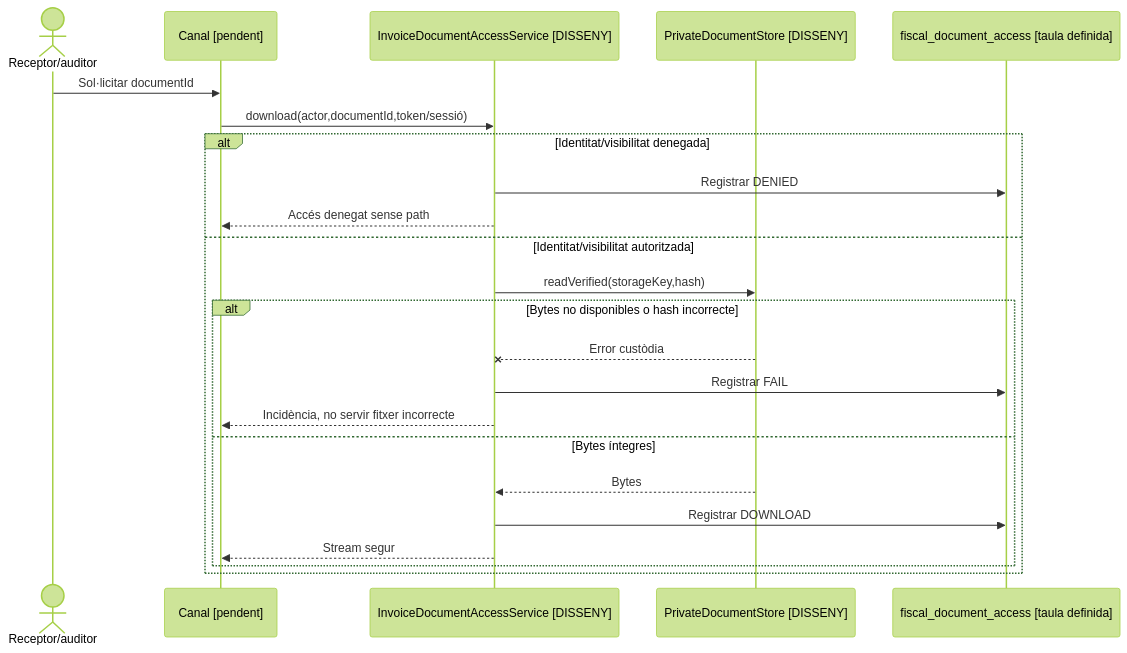
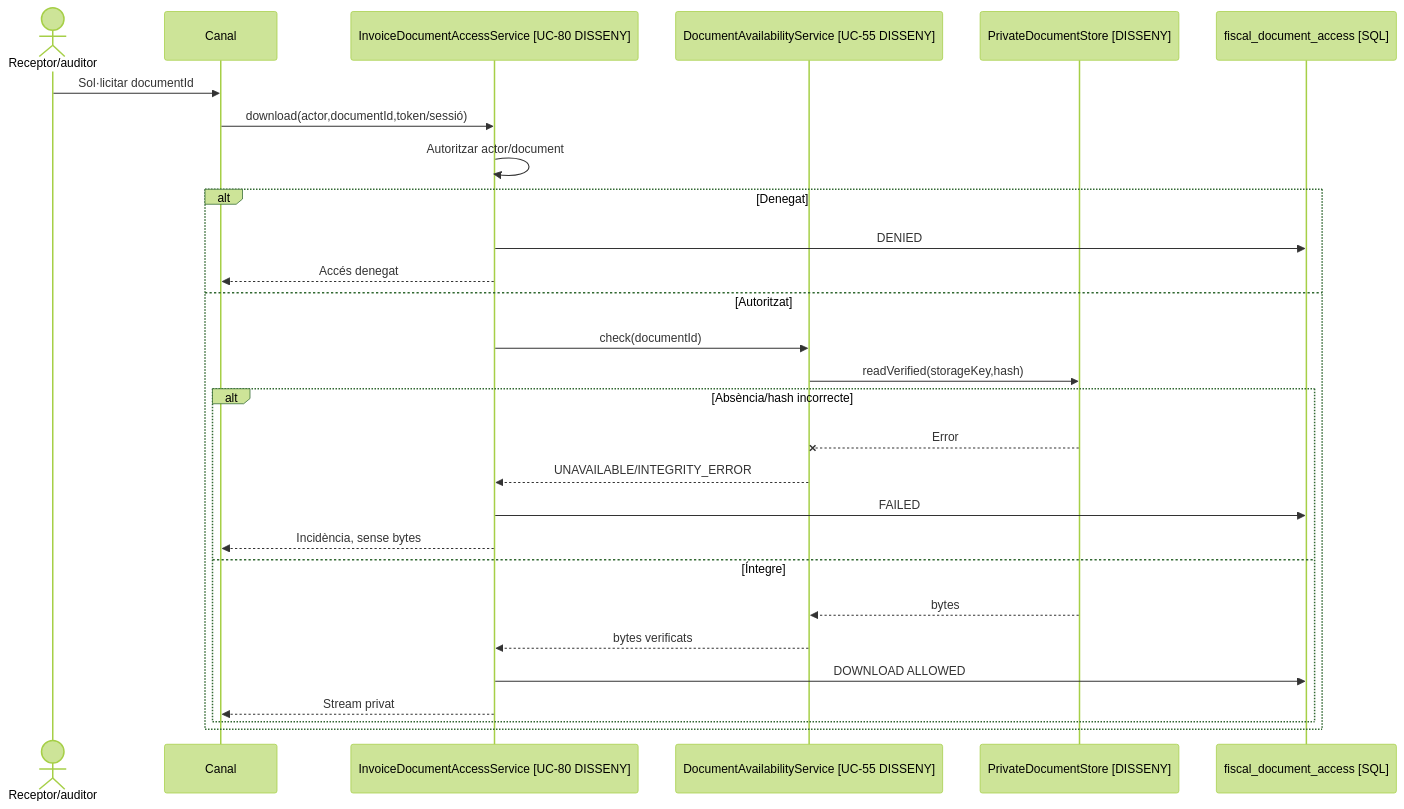
Before and after one commit to orgmeriemprismacat-del/verifactu: the fourth of 10 diagrams in documentacio/07-uml-integrat/uc-055-custodiar-reintentar-documents.md, drawn with Mermaid (forest theme). The commit also changed other lines of this file, not shown here.

Commit message:
docs(uc-055): separar custòdia de l'autorització UC-080

````diff
--- a/documentacio/07-uml-integrat/uc-055-custodiar-reintentar-documents.md
+++ b/documentacio/07-uml-integrat/uc-055-custodiar-reintentar-documents.md
@@ -160,25 +162,30 @@
-```mermaid
+~~~mermaid
 sequenceDiagram
 actor A as Receptor/auditor
-participant UI as Canal [pendent]
-participant Access as InvoiceDocumentAccessService [DISSENY]
+participant UI as Canal
+participant U80 as InvoiceDocumentAccessService [UC-80 DISSENY]
+participant V as DocumentAvailabilityService [UC-55 DISSENY]
 participant Store as PrivateDocumentStore [DISSENY]
-participant Audit as fiscal_document_access [taula definida]
+participant Audit as fiscal_document_access [SQL]
 A->>UI: Sol·licitar documentId
-UI->>Access: download(actor,documentId,token/sessió)
-alt Identitat/visibilitat denegada
- Access->>Audit: Registrar DENIED
- Access-->>UI: Accés denegat sense path
-else Identitat/visibilitat autoritzada
- Access->>Store: readVerified(storageKey,hash)
- alt Bytes no disponibles o hash incorrecte
-  Store--xAccess: Error custòdia
-  Access->>Audit: Registrar FAIL
-  Access-->>UI: Incidència, no servir fitxer incorrecte
- else Bytes íntegres
-  Store-->>Access: Bytes
-  Access->>Audit: Registrar DOWNLOAD
-  Access-->>UI: Stream segur
- end
+UI->>U80: download(actor,documentId,token/sessió)
+U80->>U80: Autoritzar actor/document
+alt Denegat
+  U80->>Audit: DENIED
+  U80-->>UI: Accés denegat
+else Autoritzat
+  U80->>V: check(documentId)
+  V->>Store: readVerified(storageKey,hash)
+  alt Absència/hash incorrecte
+    Store--xV: Error
+    V-->>U80: UNAVAILABLE/INTEGRITY_ERROR
+    U80->>Audit: FAILED
+    U80-->>UI: Incidència, sense bytes
+  else Íntegre
+    Store-->>V: bytes
+    V-->>U80: bytes verificats
+    U80->>Audit: DOWNLOAD ALLOWED
+    U80-->>UI: Stream privat
+  end
 end
-```
+~~~
````
